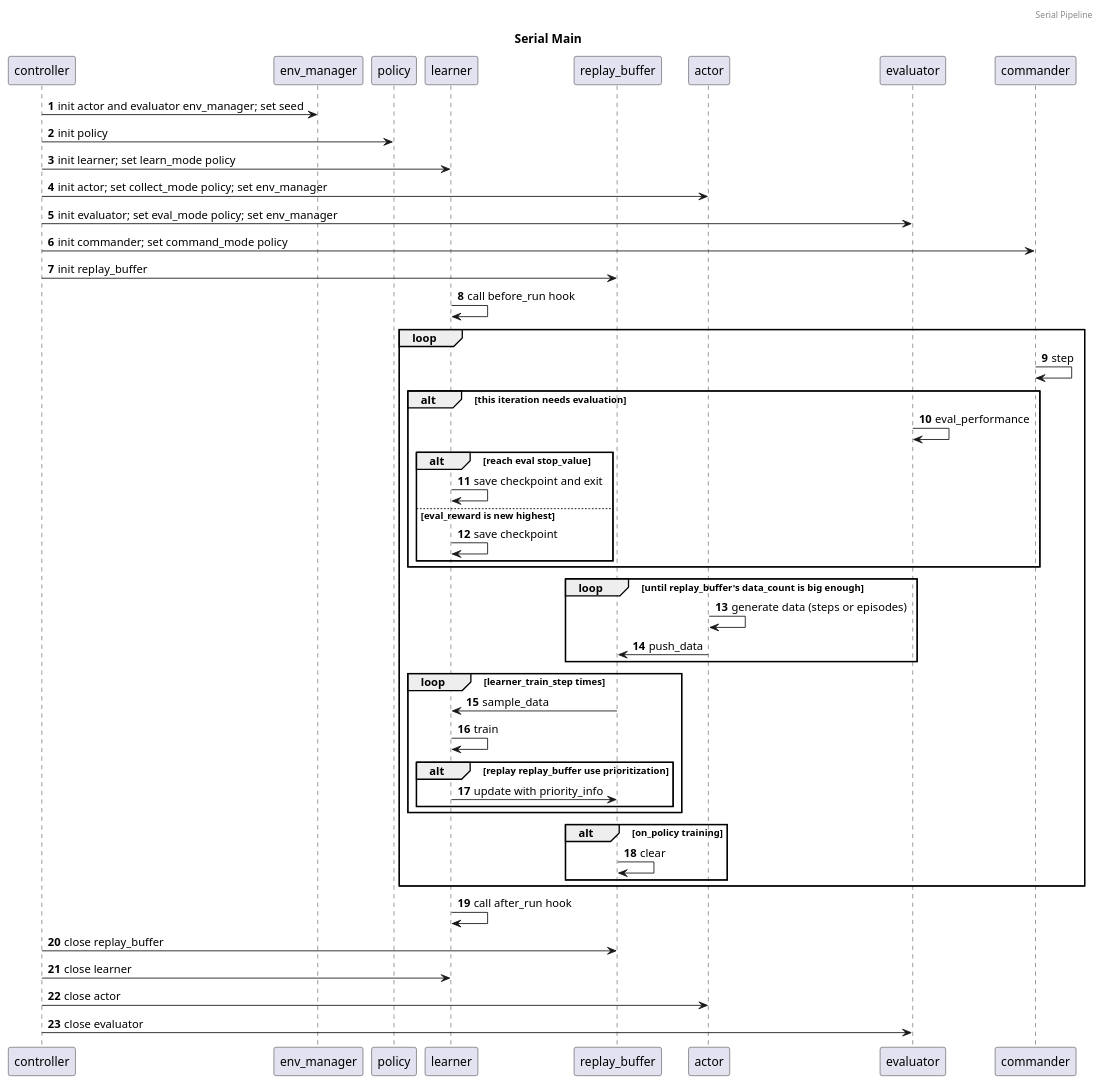
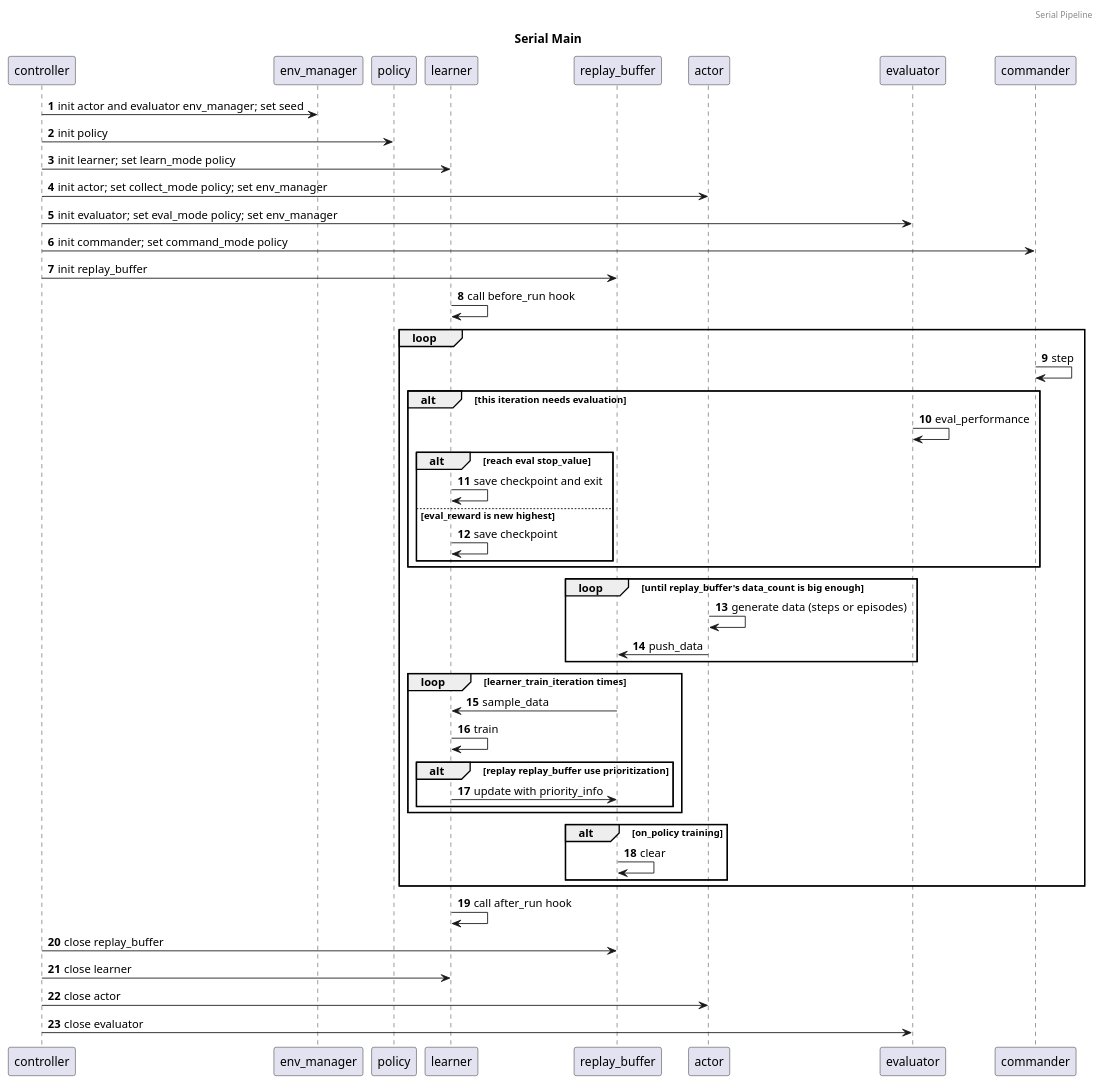
The diagram in nervex/design/serial_main.puml (opendilab/DI-engine), drawn with PlantUML before and after one commit. The commit also changed 96 other files, not shown here.

Commit message:
train_step -> train_iteration

```diff
--- a/nervex/design/serial_main.puml
+++ b/nervex/design/serial_main.puml
@@ -1,53 +1,53 @@
 @startuml serial_main
 header Serial Pipeline
 title Serial Main
 
 participant controller
 participant env_manager
 participant policy
 participant learner
 participant replay_buffer
 participant actor
 participant evaluator
 participant commander
 autonumber
 
 controller -> env_manager: init actor and evaluator env_manager; set seed
 controller -> policy: init policy
 controller -> learner: init learner; set learn_mode policy
 controller -> actor: init actor; set collect_mode policy; set env_manager
 controller -> evaluator: init evaluator; set eval_mode policy; set env_manager
 controller -> commander: init commander; set command_mode policy
 controller -> replay_buffer: init replay_buffer
 learner -> learner: call before_run hook
 loop
   commander -> commander: step
   alt this iteration needs evaluation
     evaluator -> evaluator: eval_performance
     alt reach eval stop_value
       learner -> learner: save checkpoint and exit
     else eval_reward is new highest
       learner -> learner: save checkpoint
     end
   end
   loop until replay_buffer's data_count is big enough
     actor -> actor: generate data (steps or episodes)
     actor -> replay_buffer: push_data
   end
-  loop learner_train_step times
+  loop learner_train_iteration times
     replay_buffer -> learner: sample_data
     learner -> learner: train
     alt replay replay_buffer use prioritization
       learner -> replay_buffer: update with priority_info
     end
   end
   alt on_policy training
     replay_buffer -> replay_buffer: clear
   end
 end
 learner -> learner: call after_run hook
 controller -> replay_buffer: close replay_buffer
 controller -> learner: close learner
 controller -> actor: close actor
 controller -> evaluator: close evaluator
 @enduml
```
